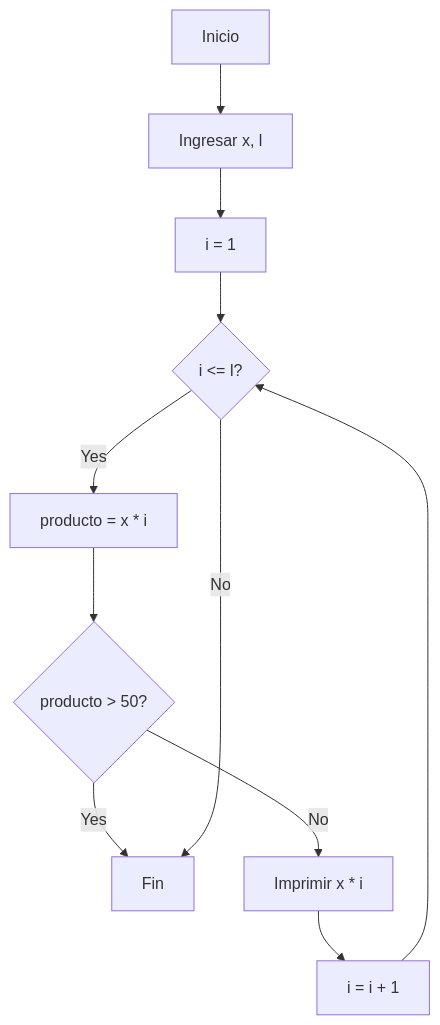
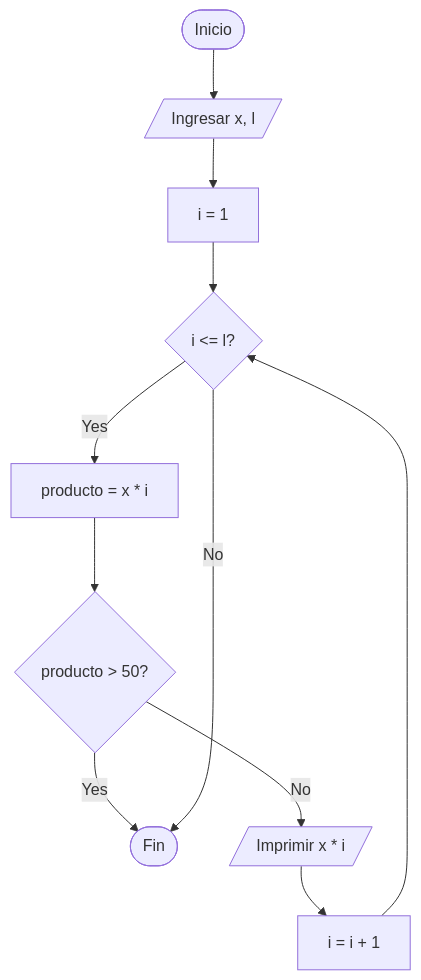
Before and after one commit to damiancastelao/ejerciciosDiagramas: the diagram in Solucion2.md, drawn with Mermaid.

Commit message:
Update flowchart formato

````diff
--- a/Solucion2.md
+++ b/Solucion2.md
@@ -6,13 +6,13 @@
 ```mermaid
 graph TD
-    A[Inicio] --> B[Ingresar x, l];
+    A([Inicio]) --> B[/Ingresar x, l/];
     B --> C[i = 1];
     C --> D{i <= l?};
     D -- Yes --> E[producto = x * i];
     E --> F{producto > 50?};
     F -- Yes --> G[Ir a Fin];
-    F -- No --> H[Imprimir x * i];
+    F -- No --> H[/Imprimir x * i/];
     H --> I[i = i + 1];
     I --> D;
-    D -- No --> G[Fin];
+    D -- No --> G([Fin]);
 ```
````
